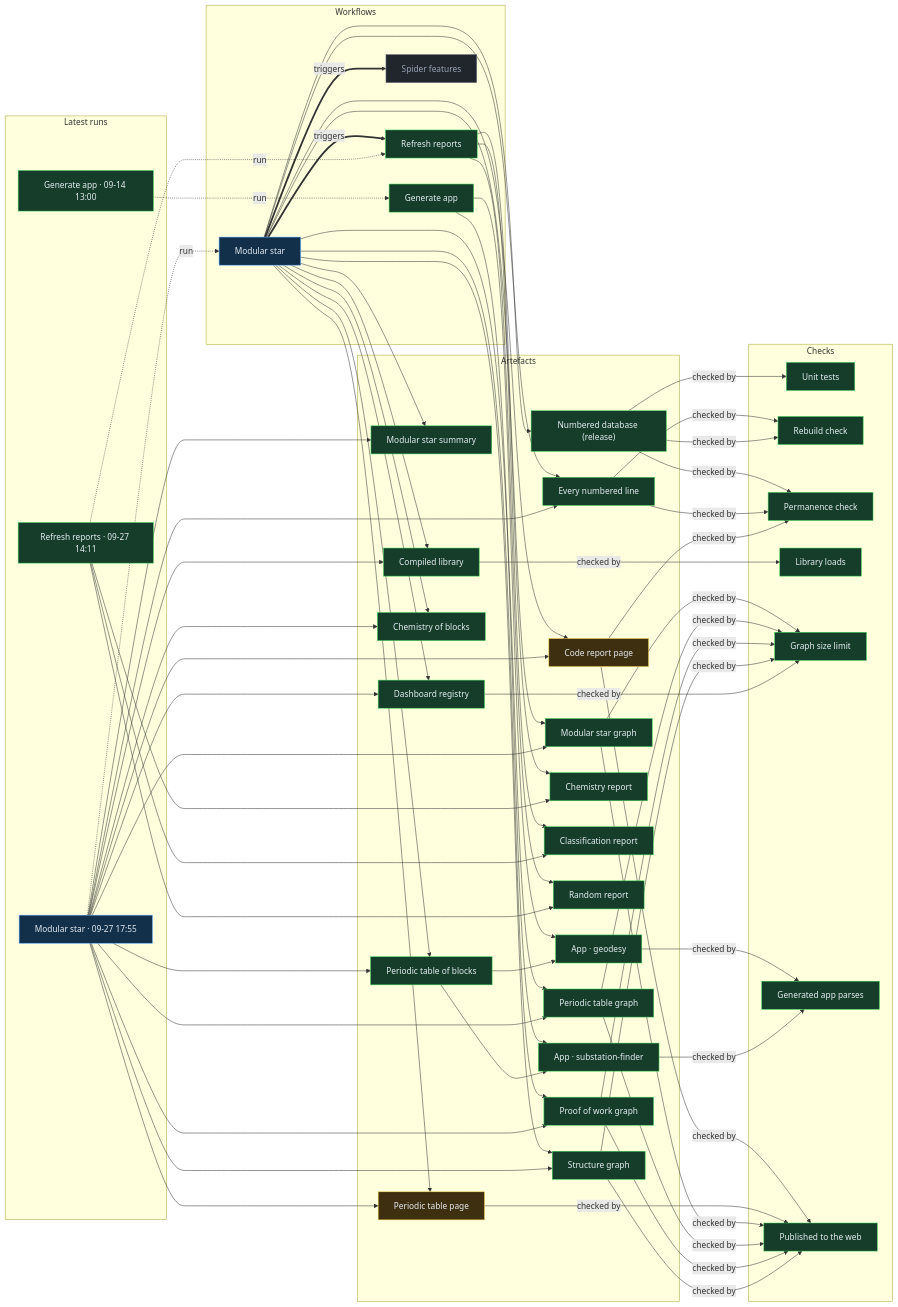
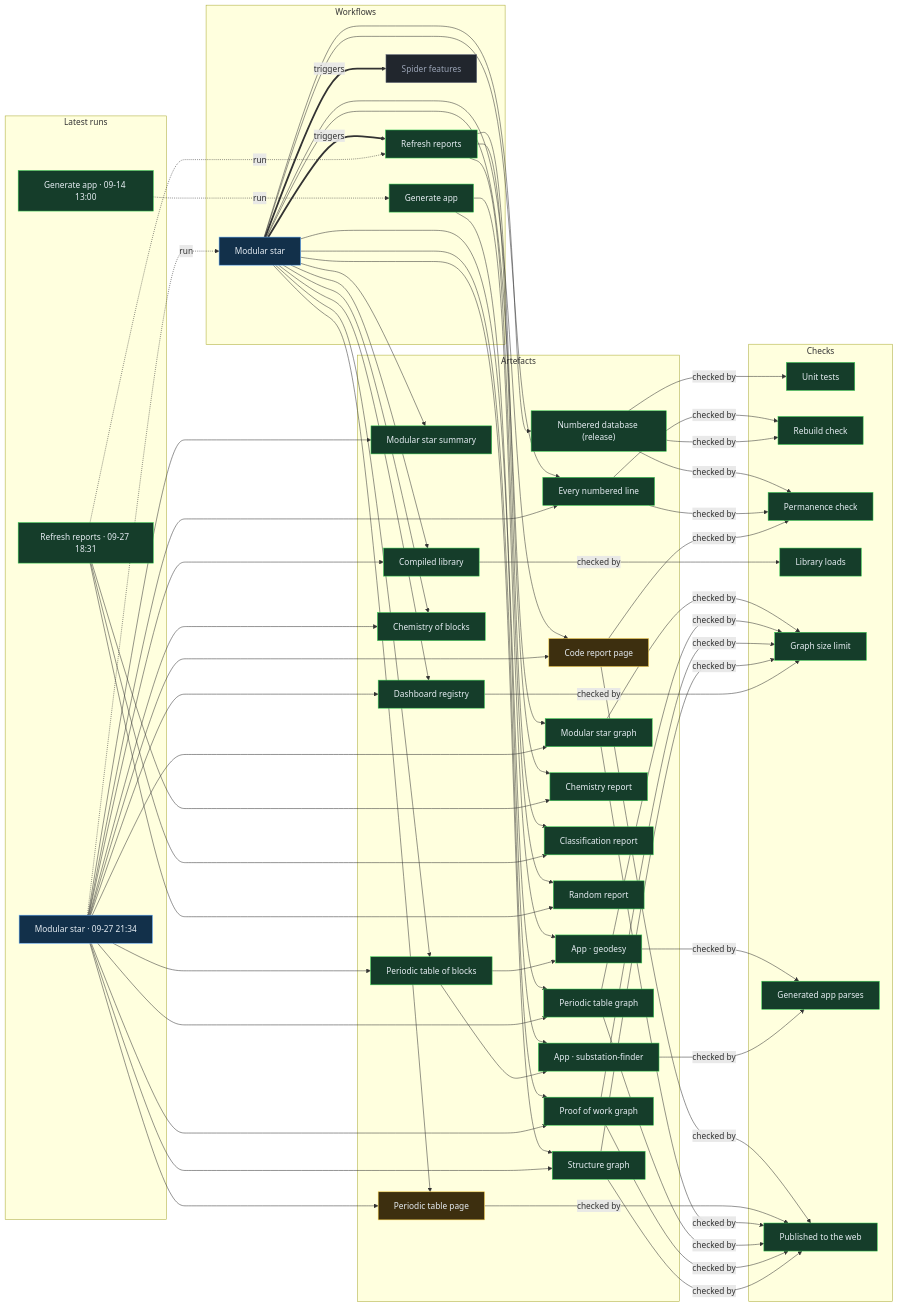
Before and after one commit to Ventusltd/stars: the diagram in proof/PROOF.md, drawn with Mermaid. The commit also changed other lines of this file and 149 other files, not shown here.

Commit message:
Modular star 2026-09-27T21:36Z

```diff
--- a/proof/PROOF.md
+++ b/proof/PROOF.md
@@ -24,8 +24,8 @@
   n_wf_spider_features["Spider features"]:::off
   end
   subgraph g_runs["Latest runs"]
-  n_run_36338727605["Modular star · 09-27 17:55"]:::live
-  n_run_36325027413["Refresh reports · 09-27 14:11"]:::ok
+  n_run_36352222720["Modular star · 09-27 21:34"]:::live
+  n_run_36340987023["Refresh reports · 09-27 18:31"]:::ok
   n_run_34846587798["Generate app · 09-14 13:00"]:::ok
   end
   subgraph g_artefacts["Artefacts"]
@@ -59,39 +59,39 @@
   end
   n_wf_modular_star == triggers ==> n_wf_refresh
   n_wf_modular_star == triggers ==> n_wf_spider_features
-  n_run_36338727605 -. run .-> n_wf_modular_star
-  n_run_36325027413 -. run .-> n_wf_refresh
+  n_run_36352222720 -. run .-> n_wf_modular_star
+  n_run_36340987023 -. run .-> n_wf_refresh
   n_run_34846587798 -. run .-> n_wf_generate
   n_wf_modular_star --> n_art_summary
-  n_run_36338727605 --> n_art_summary
+  n_run_36352222720 --> n_art_summary
   n_wf_modular_star --> n_art_lines
-  n_run_36338727605 --> n_art_lines
+  n_run_36352222720 --> n_art_lines
   n_wf_modular_star --> n_art_code
-  n_run_36338727605 --> n_art_code
+  n_run_36352222720 --> n_art_code
   n_wf_modular_star --> n_art_modular_graph
-  n_run_36338727605 --> n_art_modular_graph
+  n_run_36352222720 --> n_art_modular_graph
   n_wf_modular_star --> n_art_blocks
-  n_run_36338727605 --> n_art_blocks
+  n_run_36352222720 --> n_art_blocks
   n_wf_modular_star --> n_art_table
-  n_run_36338727605 --> n_art_table
+  n_run_36352222720 --> n_art_table
   n_wf_modular_star --> n_art_blocks_graph
-  n_run_36338727605 --> n_art_blocks_graph
+  n_run_36352222720 --> n_art_blocks_graph
   n_wf_modular_star --> n_art_reactions
-  n_run_36338727605 --> n_art_reactions
+  n_run_36352222720 --> n_art_reactions
   n_wf_modular_star --> n_art_library
-  n_run_36338727605 --> n_art_library
+  n_run_36352222720 --> n_art_library
   n_wf_modular_star --> n_art_features
-  n_run_36338727605 --> n_art_features
+  n_run_36352222720 --> n_art_features
   n_wf_modular_star --> n_art_proof
-  n_run_36338727605 --> n_art_proof
+  n_run_36352222720 --> n_art_proof
   n_wf_modular_star --> n_art_structure
-  n_run_36338727605 --> n_art_structure
+  n_run_36352222720 --> n_art_structure
   n_wf_refresh --> n_art_chemistry
-  n_run_36325027413 --> n_art_chemistry
+  n_run_36340987023 --> n_art_chemistry
   n_wf_refresh --> n_art_vedic
-  n_run_36325027413 --> n_art_vedic
+  n_run_36340987023 --> n_art_vedic
   n_wf_refresh --> n_art_random
-  n_run_36325027413 --> n_art_random
+  n_run_36340987023 --> n_art_random
   n_wf_modular_star --> n_art_release
   n_wf_generate --> n_app_geodesy
   n_art_blocks --> n_app_geodesy
```
